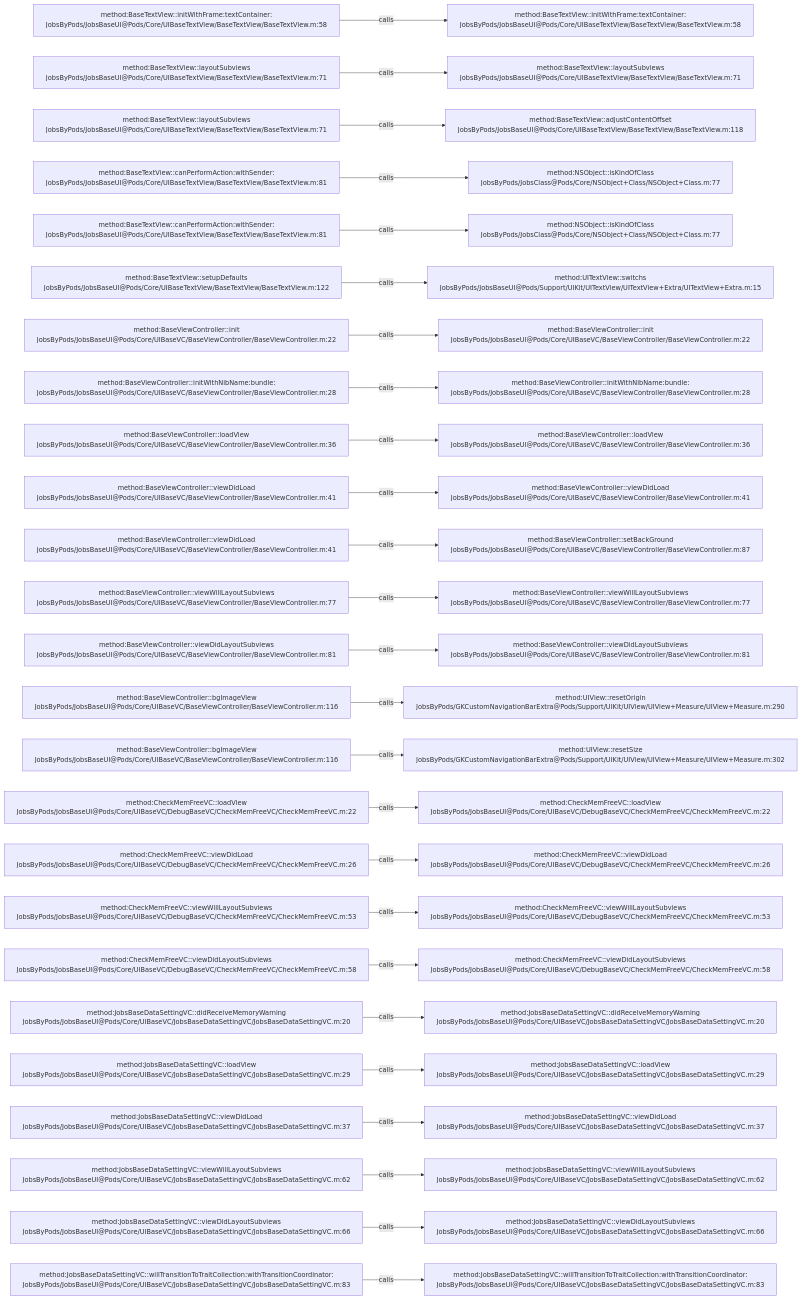
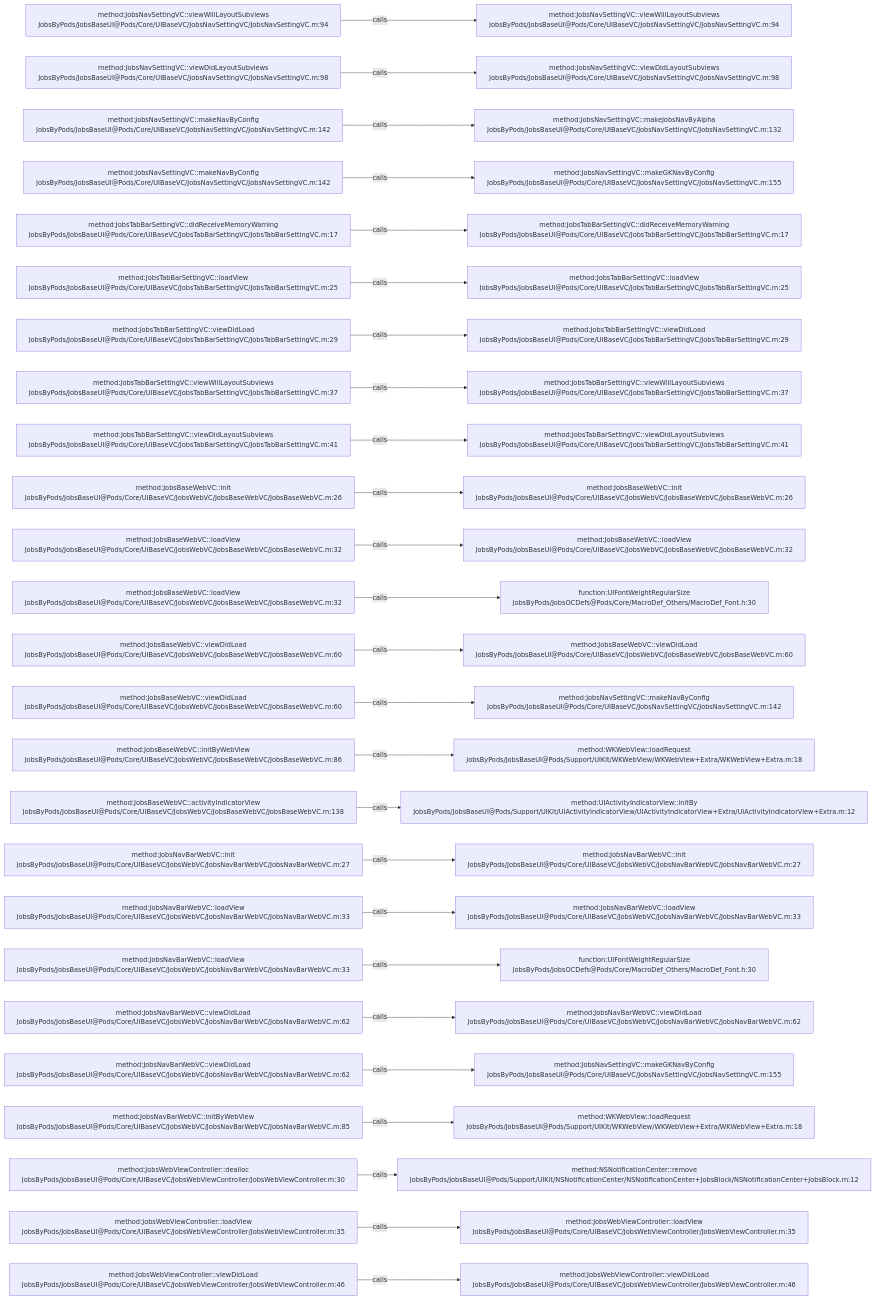
One commit to JobsKits/JobsOCBaseConfigDemo changed the diagram in .codegraph/codegraph.md/graphs/calls-033.md. Above: the diagram before and after it, drawn with Mermaid. The commit also changed 639 other files, not shown here.

````diff
--- a/.codegraph/codegraph.md/graphs/calls-033.md
+++ b/.codegraph/codegraph.md/graphs/calls-033.md
@@ -13,78 +13,78 @@
 ```mermaid
 flowchart LR
-  S1["method:BaseTextView::initWithFrame:textContainer:<br/>JobsByPods/JobsBaseUI@Pods/Core/UIBaseTextView/BaseTextView/BaseTextView.m:58"]
-  T1["method:BaseTextView::initWithFrame:textContainer:<br/>JobsByPods/JobsBaseUI@Pods/Core/UIBaseTextView/BaseTextView/BaseTextView.m:58"]
+  S1["method:JobsNavSettingVC::viewWillLayoutSubviews<br/>JobsByPods/JobsBaseUI@Pods/Core/UIBaseVC/JobsNavSettingVC/JobsNavSettingVC.m:94"]
+  T1["method:JobsNavSettingVC::viewWillLayoutSubviews<br/>JobsByPods/JobsBaseUI@Pods/Core/UIBaseVC/JobsNavSettingVC/JobsNavSettingVC.m:94"]
   S1 -->|calls| T1
-  S2["method:BaseTextView::layoutSubviews<br/>JobsByPods/JobsBaseUI@Pods/Core/UIBaseTextView/BaseTextView/BaseTextView.m:71"]
-  T2["method:BaseTextView::layoutSubviews<br/>JobsByPods/JobsBaseUI@Pods/Core/UIBaseTextView/BaseTextView/BaseTextView.m:71"]
+  S2["method:JobsNavSettingVC::viewDidLayoutSubviews<br/>JobsByPods/JobsBaseUI@Pods/Core/UIBaseVC/JobsNavSettingVC/JobsNavSettingVC.m:98"]
+  T2["method:JobsNavSettingVC::viewDidLayoutSubviews<br/>JobsByPods/JobsBaseUI@Pods/Core/UIBaseVC/JobsNavSettingVC/JobsNavSettingVC.m:98"]
   S2 -->|calls| T2
-  S3["method:BaseTextView::layoutSubviews<br/>JobsByPods/JobsBaseUI@Pods/Core/UIBaseTextView/BaseTextView/BaseTextView.m:71"]
-  T3["method:BaseTextView::adjustContentOffset<br/>JobsByPods/JobsBaseUI@Pods/Core/UIBaseTextView/BaseTextView/BaseTextView.m:118"]
+  S3["method:JobsNavSettingVC::makeNavByConfig<br/>JobsByPods/JobsBaseUI@Pods/Core/UIBaseVC/JobsNavSettingVC/JobsNavSettingVC.m:142"]
+  T3["method:JobsNavSettingVC::makeJobsNavByAlpha<br/>JobsByPods/JobsBaseUI@Pods/Core/UIBaseVC/JobsNavSettingVC/JobsNavSettingVC.m:132"]
   S3 -->|calls| T3
-  S4["method:BaseTextView::canPerformAction:withSender:<br/>JobsByPods/JobsBaseUI@Pods/Core/UIBaseTextView/BaseTextView/BaseTextView.m:81"]
-  T4["method:NSObject::isKindOfClass<br/>JobsByPods/JobsClass@Pods/Core/NSObject+Class/NSObject+Class.m:77"]
+  S4["method:JobsNavSettingVC::makeNavByConfig<br/>JobsByPods/JobsBaseUI@Pods/Core/UIBaseVC/JobsNavSettingVC/JobsNavSettingVC.m:142"]
+  T4["method:JobsNavSettingVC::makeGKNavByConfig<br/>JobsByPods/JobsBaseUI@Pods/Core/UIBaseVC/JobsNavSettingVC/JobsNavSettingVC.m:155"]
   S4 -->|calls| T4
-  S5["method:BaseTextView::canPerformAction:withSender:<br/>JobsByPods/JobsBaseUI@Pods/Core/UIBaseTextView/BaseTextView/BaseTextView.m:81"]
-  T5["method:NSObject::isKindOfClass<br/>JobsByPods/JobsClass@Pods/Core/NSObject+Class/NSObject+Class.m:77"]
+  S5["method:JobsTabBarSettingVC::didReceiveMemoryWarning<br/>JobsByPods/JobsBaseUI@Pods/Core/UIBaseVC/JobsTabBarSettingVC/JobsTabBarSettingVC.m:17"]
+  T5["method:JobsTabBarSettingVC::didReceiveMemoryWarning<br/>JobsByPods/JobsBaseUI@Pods/Core/UIBaseVC/JobsTabBarSettingVC/JobsTabBarSettingVC.m:17"]
   S5 -->|calls| T5
-  S6["method:BaseTextView::setupDefaults<br/>JobsByPods/JobsBaseUI@Pods/Core/UIBaseTextView/BaseTextView/BaseTextView.m:122"]
-  T6["method:UITextView::switchs<br/>JobsByPods/JobsBaseUI@Pods/Support/UIKit/UITextView/UITextView+Extra/UITextView+Extra.m:15"]
+  S6["method:JobsTabBarSettingVC::loadView<br/>JobsByPods/JobsBaseUI@Pods/Core/UIBaseVC/JobsTabBarSettingVC/JobsTabBarSettingVC.m:25"]
+  T6["method:JobsTabBarSettingVC::loadView<br/>JobsByPods/JobsBaseUI@Pods/Core/UIBaseVC/JobsTabBarSettingVC/JobsTabBarSettingVC.m:25"]
   S6 -->|calls| T6
-  S7["method:BaseViewController::init<br/>JobsByPods/JobsBaseUI@Pods/Core/UIBaseVC/BaseViewController/BaseViewController.m:22"]
-  T7["method:BaseViewController::init<br/>JobsByPods/JobsBaseUI@Pods/Core/UIBaseVC/BaseViewController/BaseViewController.m:22"]
+  S7["method:JobsTabBarSettingVC::viewDidLoad<br/>JobsByPods/JobsBaseUI@Pods/Core/UIBaseVC/JobsTabBarSettingVC/JobsTabBarSettingVC.m:29"]
+  T7["method:JobsTabBarSettingVC::viewDidLoad<br/>JobsByPods/JobsBaseUI@Pods/Core/UIBaseVC/JobsTabBarSettingVC/JobsTabBarSettingVC.m:29"]
   S7 -->|calls| T7
-  S8["method:BaseViewController::initWithNibName:bundle:<br/>JobsByPods/JobsBaseUI@Pods/Core/UIBaseVC/BaseViewController/BaseViewController.m:28"]
-  T8["method:BaseViewController::initWithNibName:bundle:<br/>JobsByPods/JobsBaseUI@Pods/Core/UIBaseVC/BaseViewController/BaseViewController.m:28"]
+  S8["method:JobsTabBarSettingVC::viewWillLayoutSubviews<br/>JobsByPods/JobsBaseUI@Pods/Core/UIBaseVC/JobsTabBarSettingVC/JobsTabBarSettingVC.m:37"]
+  T8["method:JobsTabBarSettingVC::viewWillLayoutSubviews<br/>JobsByPods/JobsBaseUI@Pods/Core/UIBaseVC/JobsTabBarSettingVC/JobsTabBarSettingVC.m:37"]
   S8 -->|calls| T8
-  S9["method:BaseViewController::loadView<br/>JobsByPods/JobsBaseUI@Pods/Core/UIBaseVC/BaseViewController/BaseViewController.m:36"]
-  T9["method:BaseViewController::loadView<br/>JobsByPods/JobsBaseUI@Pods/Core/UIBaseVC/BaseViewController/BaseViewController.m:36"]
+  S9["method:JobsTabBarSettingVC::viewDidLayoutSubviews<br/>JobsByPods/JobsBaseUI@Pods/Core/UIBaseVC/JobsTabBarSettingVC/JobsTabBarSettingVC.m:41"]
+  T9["method:JobsTabBarSettingVC::viewDidLayoutSubviews<br/>JobsByPods/JobsBaseUI@Pods/Core/UIBaseVC/JobsTabBarSettingVC/JobsTabBarSettingVC.m:41"]
   S9 -->|calls| T9
-  S10["method:BaseViewController::viewDidLoad<br/>JobsByPods/JobsBaseUI@Pods/Core/UIBaseVC/BaseViewController/BaseViewController.m:41"]
-  T10["method:BaseViewController::viewDidLoad<br/>JobsByPods/JobsBaseUI@Pods/Core/UIBaseVC/BaseViewController/BaseViewController.m:41"]
+  S10["method:JobsBaseWebVC::init<br/>JobsByPods/JobsBaseUI@Pods/Core/UIBaseVC/JobsWebVC/JobsBaseWebVC/JobsBaseWebVC.m:26"]
+  T10["method:JobsBaseWebVC::init<br/>JobsByPods/JobsBaseUI@Pods/Core/UIBaseVC/JobsWebVC/JobsBaseWebVC/JobsBaseWebVC.m:26"]
   S10 -->|calls| T10
-  S11["method:BaseViewController::viewDidLoad<br/>JobsByPods/JobsBaseUI@Pods/Core/UIBaseVC/BaseViewController/BaseViewController.m:41"]
-  T11["method:BaseViewController::setBackGround<br/>JobsByPods/JobsBaseUI@Pods/Core/UIBaseVC/BaseViewController/BaseViewController.m:87"]
+  S11["method:JobsBaseWebVC::loadView<br/>JobsByPods/JobsBaseUI@Pods/Core/UIBaseVC/JobsWebVC/JobsBaseWebVC/JobsBaseWebVC.m:32"]
+  T11["method:JobsBaseWebVC::loadView<br/>JobsByPods/JobsBaseUI@Pods/Core/UIBaseVC/JobsWebVC/JobsBaseWebVC/JobsBaseWebVC.m:32"]
   S11 -->|calls| T11
-  S12["method:BaseViewController::viewWillLayoutSubviews<br/>JobsByPods/JobsBaseUI@Pods/Core/UIBaseVC/BaseViewController/BaseViewController.m:77"]
-  T12["method:BaseViewController::viewWillLayoutSubviews<br/>JobsByPods/JobsBaseUI@Pods/Core/UIBaseVC/BaseViewController/BaseViewController.m:77"]
+  S12["method:JobsBaseWebVC::loadView<br/>JobsByPods/JobsBaseUI@Pods/Core/UIBaseVC/JobsWebVC/JobsBaseWebVC/JobsBaseWebVC.m:32"]
+  T12["function:UIFontWeightRegularSize<br/>JobsByPods/JobsOCDefs@Pods/Core/MacroDef_Others/MacroDef_Font.h:30"]
   S12 -->|calls| T12
-  S13["method:BaseViewController::viewDidLayoutSubviews<br/>JobsByPods/JobsBaseUI@Pods/Core/UIBaseVC/BaseViewController/BaseViewController.m:81"]
-  T13["method:BaseViewController::viewDidLayoutSubviews<br/>JobsByPods/JobsBaseUI@Pods/Core/UIBaseVC/BaseViewController/BaseViewController.m:81"]
+  S13["method:JobsBaseWebVC::viewDidLoad<br/>JobsByPods/JobsBaseUI@Pods/Core/UIBaseVC/JobsWebVC/JobsBaseWebVC/JobsBaseWebVC.m:60"]
+  T13["method:JobsBaseWebVC::viewDidLoad<br/>JobsByPods/JobsBaseUI@Pods/Core/UIBaseVC/JobsWebVC/JobsBaseWebVC/JobsBaseWebVC.m:60"]
   S13 -->|calls| T13
-  S14["method:BaseViewController::bgImageView<br/>JobsByPods/JobsBaseUI@Pods/Core/UIBaseVC/BaseViewController/BaseViewController.m:116"]
-  T14["method:UIView::resetOrigin<br/>JobsByPods/GKCustomNavigationBarExtra@Pods/Support/UIKit/UIView/UIView+Measure/UIView+Measure.m:290"]
+  S14["method:JobsBaseWebVC::viewDidLoad<br/>JobsByPods/JobsBaseUI@Pods/Core/UIBaseVC/JobsWebVC/JobsBaseWebVC/JobsBaseWebVC.m:60"]
+  T14["method:JobsNavSettingVC::makeNavByConfig<br/>JobsByPods/JobsBaseUI@Pods/Core/UIBaseVC/JobsNavSettingVC/JobsNavSettingVC.m:142"]
   S14 -->|calls| T14
-  S15["method:BaseViewController::bgImageView<br/>JobsByPods/JobsBaseUI@Pods/Core/UIBaseVC/BaseViewController/BaseViewController.m:116"]
-  T15["method:UIView::resetSize<br/>JobsByPods/GKCustomNavigationBarExtra@Pods/Support/UIKit/UIView/UIView+Measure/UIView+Measure.m:302"]
+  S15["method:JobsBaseWebVC::initByWebView<br/>JobsByPods/JobsBaseUI@Pods/Core/UIBaseVC/JobsWebVC/JobsBaseWebVC/JobsBaseWebVC.m:86"]
+  T15["method:WKWebView::loadRequest<br/>JobsByPods/JobsBaseUI@Pods/Support/UIKit/WKWebView/WKWebView+Extra/WKWebView+Extra.m:18"]
   S15 -->|calls| T15
-  S16["method:CheckMemFreeVC::loadView<br/>JobsByPods/JobsBaseUI@Pods/Core/UIBaseVC/DebugBaseVC/CheckMemFreeVC/CheckMemFreeVC.m:22"]
-  T16["method:CheckMemFreeVC::loadView<br/>JobsByPods/JobsBaseUI@Pods/Core/UIBaseVC/DebugBaseVC/CheckMemFreeVC/CheckMemFreeVC.m:22"]
+  S16["method:JobsBaseWebVC::activityIndicatorView<br/>JobsByPods/JobsBaseUI@Pods/Core/UIBaseVC/JobsWebVC/JobsBaseWebVC/JobsBaseWebVC.m:138"]
+  T16["method:UIActivityIndicatorView::initBy<br/>JobsByPods/JobsBaseUI@Pods/Support/UIKit/UIActivityIndicatorView/UIActivityIndicatorView+Extra/UIActivityIndicatorView+Extra.m:12"]
   S16 -->|calls| T16
-  S17["method:CheckMemFreeVC::viewDidLoad<br/>JobsByPods/JobsBaseUI@Pods/Core/UIBaseVC/DebugBaseVC/CheckMemFreeVC/CheckMemFreeVC.m:26"]
-  T17["method:CheckMemFreeVC::viewDidLoad<br/>JobsByPods/JobsBaseUI@Pods/Core/UIBaseVC/DebugBaseVC/CheckMemFreeVC/CheckMemFreeVC.m:26"]
+  S17["method:JobsNavBarWebVC::init<br/>JobsByPods/JobsBaseUI@Pods/Core/UIBaseVC/JobsWebVC/JobsNavBarWebVC/JobsNavBarWebVC.m:27"]
+  T17["method:JobsNavBarWebVC::init<br/>JobsByPods/JobsBaseUI@Pods/Core/UIBaseVC/JobsWebVC/JobsNavBarWebVC/JobsNavBarWebVC.m:27"]
   S17 -->|calls| T17
-  S18["method:CheckMemFreeVC::viewWillLayoutSubviews<br/>JobsByPods/JobsBaseUI@Pods/Core/UIBaseVC/DebugBaseVC/CheckMemFreeVC/CheckMemFreeVC.m:53"]
-  T18["method:CheckMemFreeVC::viewWillLayoutSubviews<br/>JobsByPods/JobsBaseUI@Pods/Core/UIBaseVC/DebugBaseVC/CheckMemFreeVC/CheckMemFreeVC.m:53"]
+  S18["method:JobsNavBarWebVC::loadView<br/>JobsByPods/JobsBaseUI@Pods/Core/UIBaseVC/JobsWebVC/JobsNavBarWebVC/JobsNavBarWebVC.m:33"]
+  T18["method:JobsNavBarWebVC::loadView<br/>JobsByPods/JobsBaseUI@Pods/Core/UIBaseVC/JobsWebVC/JobsNavBarWebVC/JobsNavBarWebVC.m:33"]
   S18 -->|calls| T18
-  S19["method:CheckMemFreeVC::viewDidLayoutSubviews<br/>JobsByPods/JobsBaseUI@Pods/Core/UIBaseVC/DebugBaseVC/CheckMemFreeVC/CheckMemFreeVC.m:58"]
-  T19["method:CheckMemFreeVC::viewDidLayoutSubviews<br/>JobsByPods/JobsBaseUI@Pods/Core/UIBaseVC/DebugBaseVC/CheckMemFreeVC/CheckMemFreeVC.m:58"]
+  S19["method:JobsNavBarWebVC::loadView<br/>JobsByPods/JobsBaseUI@Pods/Core/UIBaseVC/JobsWebVC/JobsNavBarWebVC/JobsNavBarWebVC.m:33"]
+  T19["function:UIFontWeightRegularSize<br/>JobsByPods/JobsOCDefs@Pods/Core/MacroDef_Others/MacroDef_Font.h:30"]
   S19 -->|calls| T19
-  S20["method:JobsBaseDataSettingVC::didReceiveMemoryWarning<br/>JobsByPods/JobsBaseUI@Pods/Core/UIBaseVC/JobsBaseDataSettingVC/JobsBaseDataSettingVC.m:20"]
-  T20["method:JobsBaseDataSettingVC::didReceiveMemoryWarning<br/>JobsByPods/JobsBaseUI@Pods/Core/UIBaseVC/JobsBaseDataSettingVC/JobsBaseDataSettingVC.m:20"]
+  S20["method:JobsNavBarWebVC::viewDidLoad<br/>JobsByPods/JobsBaseUI@Pods/Core/UIBaseVC/JobsWebVC/JobsNavBarWebVC/JobsNavBarWebVC.m:62"]
+  T20["method:JobsNavBarWebVC::viewDidLoad<br/>JobsByPods/JobsBaseUI@Pods/Core/UIBaseVC/JobsWebVC/JobsNavBarWebVC/JobsNavBarWebVC.m:62"]
   S20 -->|calls| T20
-  S21["method:JobsBaseDataSettingVC::loadView<br/>JobsByPods/JobsBaseUI@Pods/Core/UIBaseVC/JobsBaseDataSettingVC/JobsBaseDataSettingVC.m:29"]
-  T21["method:JobsBaseDataSettingVC::loadView<br/>JobsByPods/JobsBaseUI@Pods/Core/UIBaseVC/JobsBaseDataSettingVC/JobsBaseDataSettingVC.m:29"]
+  S21["method:JobsNavBarWebVC::viewDidLoad<br/>JobsByPods/JobsBaseUI@Pods/Core/UIBaseVC/JobsWebVC/JobsNavBarWebVC/JobsNavBarWebVC.m:62"]
+  T21["method:JobsNavSettingVC::makeGKNavByConfig<br/>JobsByPods/JobsBaseUI@Pods/Core/UIBaseVC/JobsNavSettingVC/JobsNavSettingVC.m:155"]
   S21 -->|calls| T21
-  S22["method:JobsBaseDataSettingVC::viewDidLoad<br/>JobsByPods/JobsBaseUI@Pods/Core/UIBaseVC/JobsBaseDataSettingVC/JobsBaseDataSettingVC.m:37"]
-  T22["method:JobsBaseDataSettingVC::viewDidLoad<br/>JobsByPods/JobsBaseUI@Pods/Core/UIBaseVC/JobsBaseDataSettingVC/JobsBaseDataSettingVC.m:37"]
+  S22["method:JobsNavBarWebVC::initByWebView<br/>JobsByPods/JobsBaseUI@Pods/Core/UIBaseVC/JobsWebVC/JobsNavBarWebVC/JobsNavBarWebVC.m:85"]
+  T22["method:WKWebView::loadRequest<br/>JobsByPods/JobsBaseUI@Pods/Support/UIKit/WKWebView/WKWebView+Extra/WKWebView+Extra.m:18"]
   S22 -->|calls| T22
-  S23["method:JobsBaseDataSettingVC::viewWillLayoutSubviews<br/>JobsByPods/JobsBaseUI@Pods/Core/UIBaseVC/JobsBaseDataSettingVC/JobsBaseDataSettingVC.m:62"]
-  T23["method:JobsBaseDataSettingVC::viewWillLayoutSubviews<br/>JobsByPods/JobsBaseUI@Pods/Core/UIBaseVC/JobsBaseDataSettingVC/JobsBaseDataSettingVC.m:62"]
+  S23["method:JobsWebViewController::dealloc<br/>JobsByPods/JobsBaseUI@Pods/Core/UIBaseVC/JobsWebViewController/JobsWebViewController.m:30"]
+  T23["method:NSNotificationCenter::remove<br/>JobsByPods/JobsBaseUI@Pods/Support/UIKit/NSNotificationCenter/NSNotificationCenter+JobsBlock/NSNotificationCenter+JobsBlock.m:12"]
   S23 -->|calls| T23
-  S24["method:JobsBaseDataSettingVC::viewDidLayoutSubviews<br/>JobsByPods/JobsBaseUI@Pods/Core/UIBaseVC/JobsBaseDataSettingVC/JobsBaseDataSettingVC.m:66"]
-  T24["method:JobsBaseDataSettingVC::viewDidLayoutSubviews<br/>JobsByPods/JobsBaseUI@Pods/Core/UIBaseVC/JobsBaseDataSettingVC/JobsBaseDataSettingVC.m:66"]
+  S24["method:JobsWebViewController::loadView<br/>JobsByPods/JobsBaseUI@Pods/Core/UIBaseVC/JobsWebViewController/JobsWebViewController.m:35"]
+  T24["method:JobsWebViewController::loadView<br/>JobsByPods/JobsBaseUI@Pods/Core/UIBaseVC/JobsWebViewController/JobsWebViewController.m:35"]
   S24 -->|calls| T24
-  S25["method:JobsBaseDataSettingVC::willTransitionToTraitCollection:withTransitionCoordinator:<br/>JobsByPods/JobsBaseUI@Pods/Core/UIBaseVC/JobsBaseDataSettingVC/JobsBaseDataSettingVC.m:83"]
-  T25["method:JobsBaseDataSettingVC::willTransitionToTraitCollection:withTransitionCoordinator:<br/>JobsByPods/JobsBaseUI@Pods/Core/UIBaseVC/JobsBaseDataSettingVC/JobsBaseDataSettingVC.m:83"]
+  S25["method:JobsWebViewController::viewDidLoad<br/>JobsByPods/JobsBaseUI@Pods/Core/UIBaseVC/JobsWebViewController/JobsWebViewController.m:46"]
+  T25["method:JobsWebViewController::viewDidLoad<br/>JobsByPods/JobsBaseUI@Pods/Core/UIBaseVC/JobsWebViewController/JobsWebViewController.m:46"]
   S25 -->|calls| T25
 ```
````
